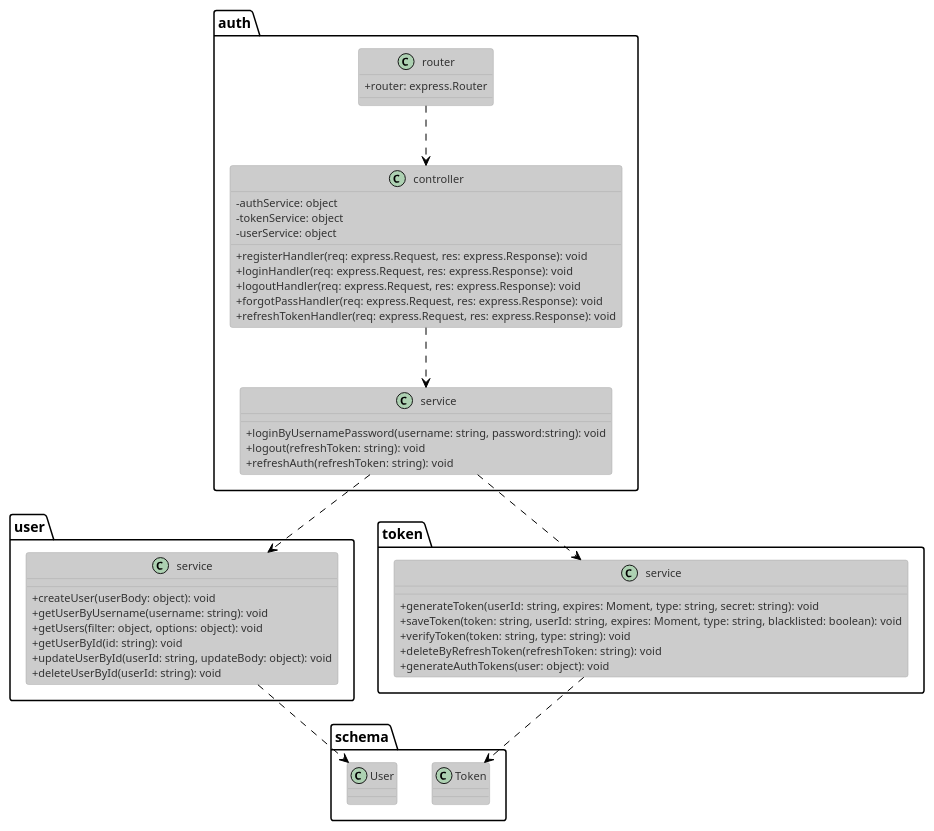
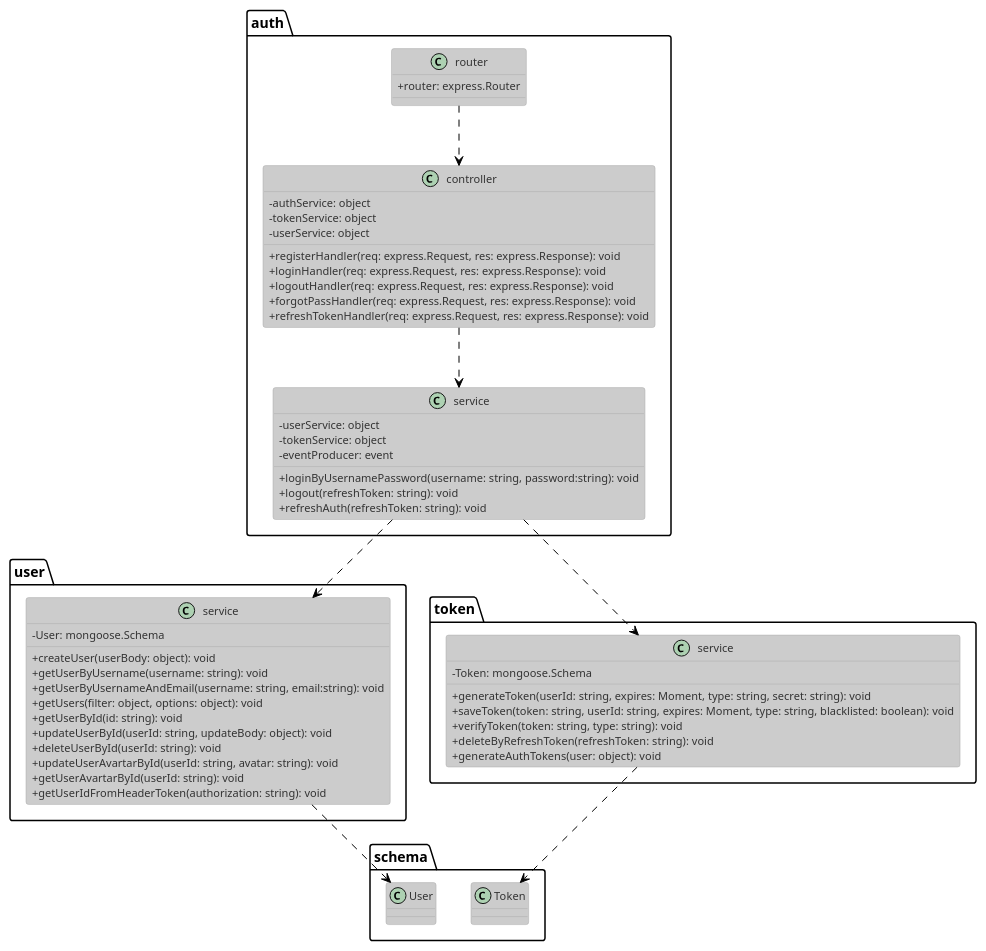
The diagram in plantuml/class/auth.puml (tuannm99/RMS), drawn with PlantUML before and after one commit.

Commit message:
update - uml

```diff
--- a/plantuml/class/auth.puml
+++ b/plantuml/class/auth.puml
@@ -1,69 +1,70 @@
 @startuml authClass
 !theme reddress-lightblue
 
 skinparam classAttributeIconSize 0
 class auth.controller{
   - {field} authService: object
   - {field} tokenService: object
   - {field} userService: object
 
   + {method} registerHandler(req: express.Request, res: express.Response): void
   + {method} loginHandler(req: express.Request, res: express.Response): void
   + {method} logoutHandler(req: express.Request, res: express.Response): void
   + {method} forgotPassHandler(req: express.Request, res: express.Response): void
   + {method} refreshTokenHandler(req: express.Request, res: express.Response): void
 }
 
 class auth.service{
+  - {field} userService: object
+  - {field} tokenService: object
+  - {field} eventProducer: event
+
   + {method} loginByUsernamePassword(username: string, password:string): void
   + {method} logout(refreshToken: string): void
   + {method} refreshAuth(refreshToken: string): void
 }
 
 class auth.router{
   + {field} router: express.Router
 }
 
-' class user.controller{
-'   + getAllUsersHandler(req, res): void
-'   + getUserHandler(req, res): void
-'   + updateUserHandler(req, res): void
-'   + deleteUserHandler(req, res): void
-' }
+class user.service{
+  - {field} User: mongoose.Schema
 
-' class user.router{
-'   + router: express.Router()
-' }
-
-class user.service{
   + {method} createUser(userBody: object): void
   + {method} getUserByUsername(username: string): void
+  + {method} getUserByUsernameAndEmail(username: string, email:string): void
   + {method} getUsers(filter: object, options: object): void
   + {method} getUserById(id: string): void
   + {method} updateUserById(userId: string, updateBody: object): void
   + {method} deleteUserById(userId: string): void
+  + {method} updateUserAvartarById(userId: string, avatar: string): void
+  + {method} getUserAvartarById(userId: string): void
+  + {method} getUserIdFromHeaderToken(authorization: string): void
 }
 
 class token.service{
+  - {field} Token: mongoose.Schema
+
   + {method} generateToken(userId: string, expires: Moment, type: string, secret: string): void
   + {method} saveToken(token: string, userId: string, expires: Moment, type: string, blacklisted: boolean): void
   + {method} verifyToken(token: string, type: string): void
   + {method} deleteByRefreshToken(refreshToken: string): void
   + {method} generateAuthTokens(user: object): void
 }
 
 class schema.Token {
 
 }
 
 class schema.User {
 
 }
 
 auth.controller ..> auth.service
 auth.router ..>	 auth.controller
 auth.service ..> user.service
 auth.service ..> token.service
 user.service ..> schema.User
 token.service ..> schema.Token
 @enduml
```
